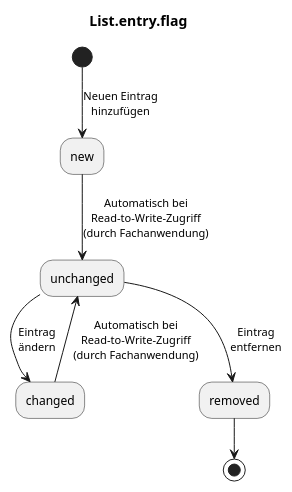
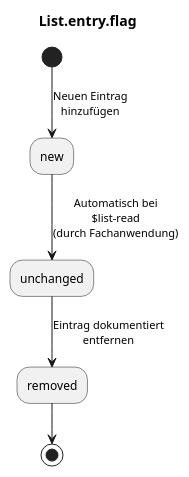
Before and after one commit to HL7Austria/ELGA-e-Diagnose-R4: the diagram in plantuml/stateDiagram_list_flag.plantuml, drawn with PlantUML. The commit also changed 2 other files, not shown here.

```diff
--- a/plantuml/stateDiagram_list_flag.plantuml
+++ b/plantuml/stateDiagram_list_flag.plantuml
@@ -1,10 +1,8 @@
 @startuml
 title List.entry.flag
 
 (*) -d-> [Neuen Eintrag\nhinzufügen] new
-new --> [Automatisch bei\nRead-to-Write-Zugriff\n(durch Fachanwendung)] unchanged
-changed --> [Automatisch bei\nRead-to-Write-Zugriff\n(durch Fachanwendung)] unchanged
-unchanged --> [Eintrag\nändern] changed
-unchanged -d-> [Eintrag\nentfernen] removed
+new --> [Automatisch bei\n$list-read\n(durch Fachanwendung)] unchanged
+unchanged -d-> [Eintrag dokumentiert\nentfernen] removed
 removed  -d-> (*)
 @enduml
```
